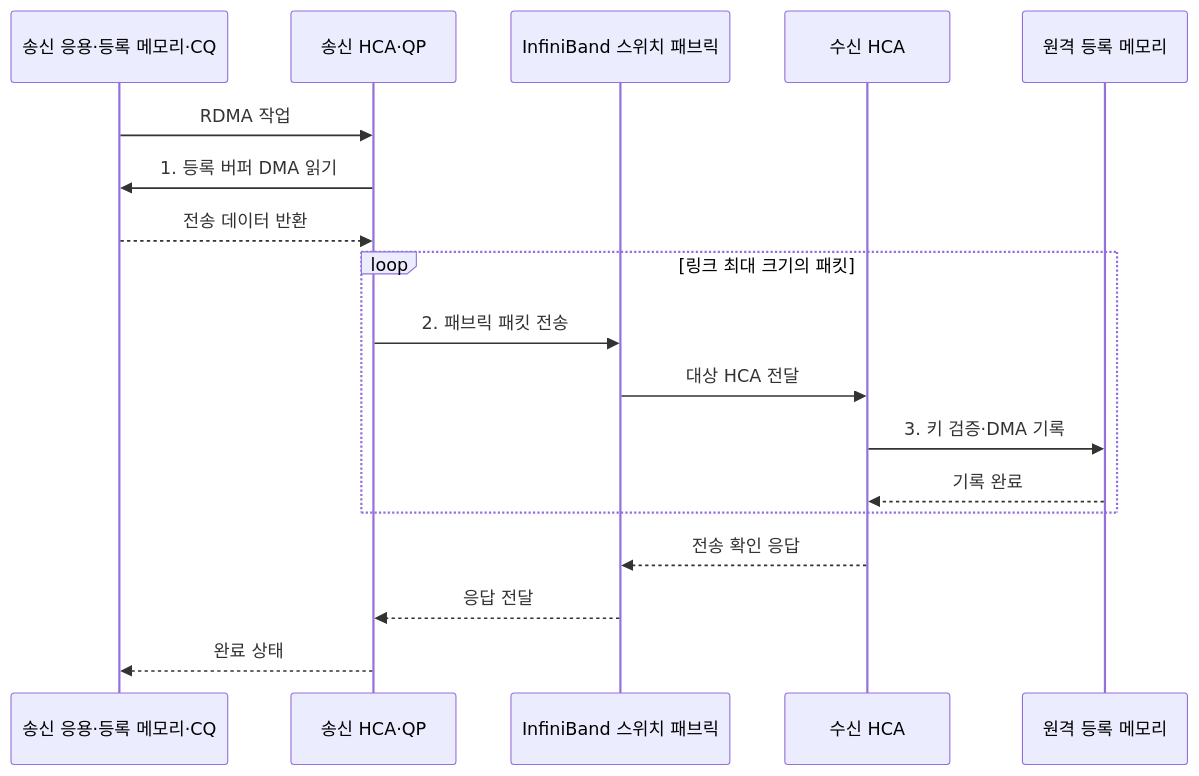
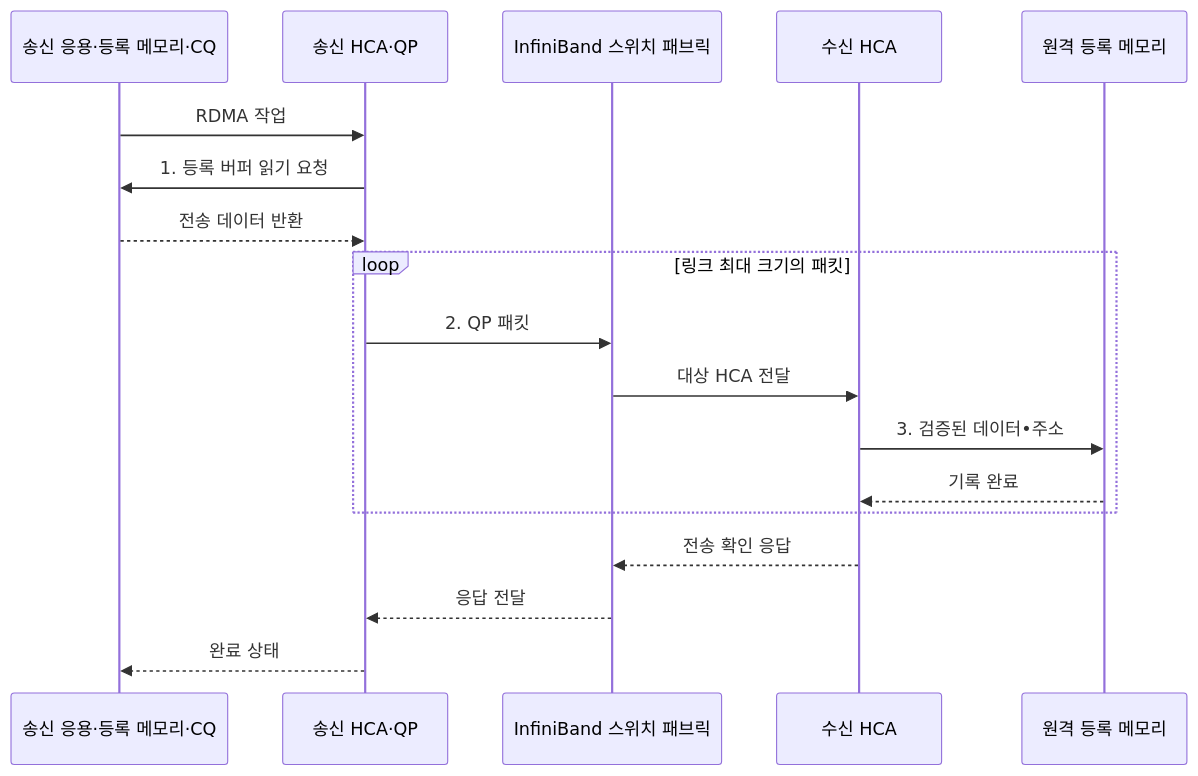
One commit to agnusdei1207/knowledge-base changed the second of 2 diagrams in src/content/docs/notes/02-hardware/048_infiniband.md. Above: the diagram before and after it, drawn with Mermaid. The commit also changed other lines of this file and 20 other files, not shown here.

````diff
--- a/src/content/docs/notes/02-hardware/048_infiniband.md
+++ b/src/content/docs/notes/02-hardware/048_infiniband.md
@@ -88,21 +89,21 @@
 ```mermaid
 sequenceDiagram
     participant A as 송신 응용·등록 메모리·CQ
     participant HS as 송신 HCA·QP
     participant F as InfiniBand 스위치 패브릭
     participant HR as 수신 HCA
     participant MR as 원격 등록 메모리
 
     A->>HS: RDMA 작업
-    HS->>A: 1. 등록 버퍼 DMA 읽기
+    HS->>A: 1. 등록 버퍼 읽기 요청
     A-->>HS: 전송 데이터 반환
     loop 링크 최대 크기의 패킷
-        HS->>F: 2. 패브릭 패킷 전송
+        HS->>F: 2. QP 패킷
         F->>HR: 대상 HCA 전달
-        HR->>MR: 3. 키 검증·DMA 기록
+        HR->>MR: 3. 검증된 데이터•주소
         MR-->>HR: 기록 완료
     end
     HR-->>F: 전송 확인 응답
     F-->>HS: 응답 전달
     HS-->>A: 완료 상태
 ```
````
